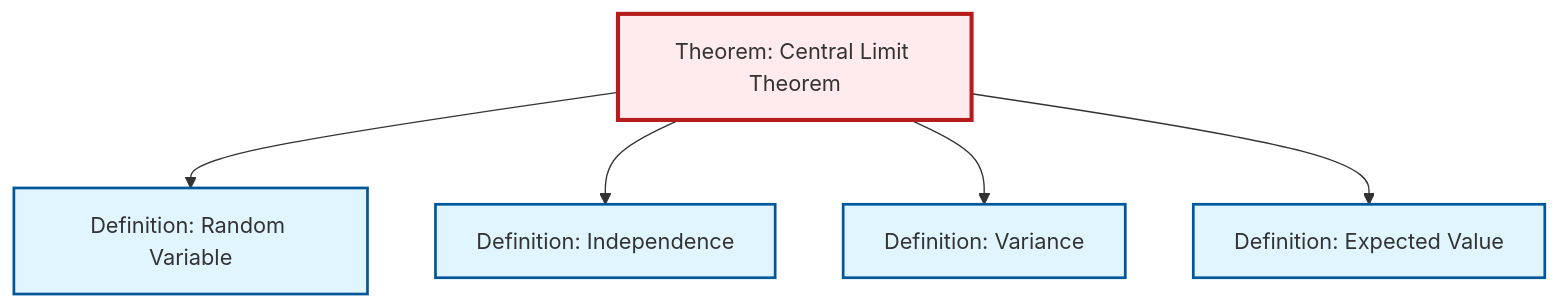
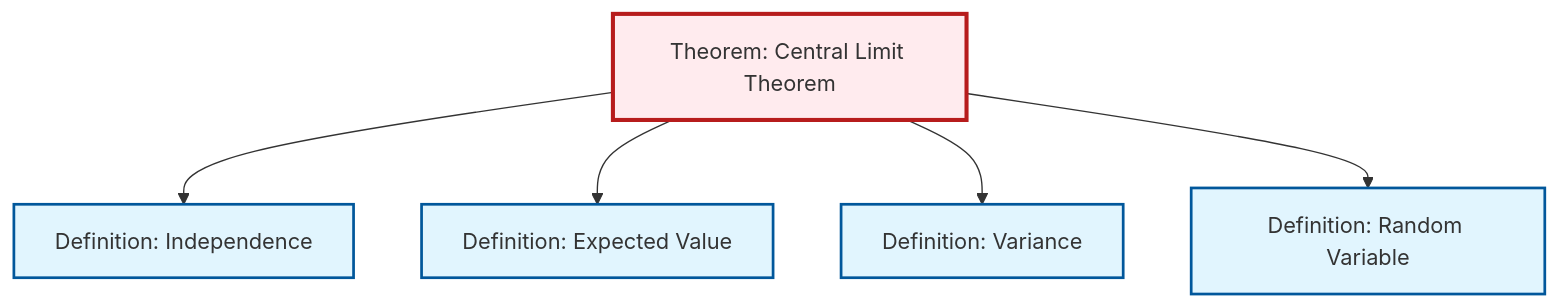
One commit to RK0429/ModernMath changed the second of 2 diagrams in content/ja/probability-statistics/thm-central-limit.qmd. Above: the diagram before and after it, drawn with Mermaid. The commit also changed other lines of this file and 597 other files, not shown here.

````diff
--- a/content/ja/probability-statistics/thm-central-limit.qmd
+++ b/content/ja/probability-statistics/thm-central-limit.qmd
@@ -110,23 +110,23 @@
 ```{mermaid}
 %%| fig-cap: "Local dependency graph"
 graph TD
     classDef definition fill:#e1f5fe,stroke:#01579b,stroke-width:2px
     classDef theorem fill:#f3e5f5,stroke:#4a148c,stroke-width:2px
     classDef axiom fill:#fff3e0,stroke:#e65100,stroke-width:2px
     classDef example fill:#e8f5e9,stroke:#1b5e20,stroke-width:2px
     classDef current fill:#ffebee,stroke:#b71c1c,stroke-width:3px
-    def-independence["Definition: Independence"]:::definition
-    thm-central-limit["Theorem: Central Limit Theorem"]:::theorem
     def-variance["Definition: Variance"]:::definition
     def-expectation["Definition: Expected Value"]:::definition
     def-random-variable["Definition: Random Variable"]:::definition
+    def-independence["Definition: Independence"]:::definition
+    thm-central-limit["Theorem: Central Limit Theorem"]:::theorem
+    thm-central-limit --> def-independence
+    thm-central-limit --> def-expectation
+    thm-central-limit --> def-variance
     thm-central-limit --> def-random-variable
-    thm-central-limit --> def-independence
-    thm-central-limit --> def-variance
-    thm-central-limit --> def-expectation
     class thm-central-limit current
-    click def-independence "def-independence.html" "Definition: Independenceへ"
     click def-variance "def-variance.html" "Definition: Varianceへ"
     click def-expectation "def-expectation.html" "Definition: Expected Valueへ"
     click def-random-variable "def-random-variable.html" "Definition: Random Variableへ"
+    click def-independence "def-independence.html" "Definition: Independenceへ"
 ```
````
